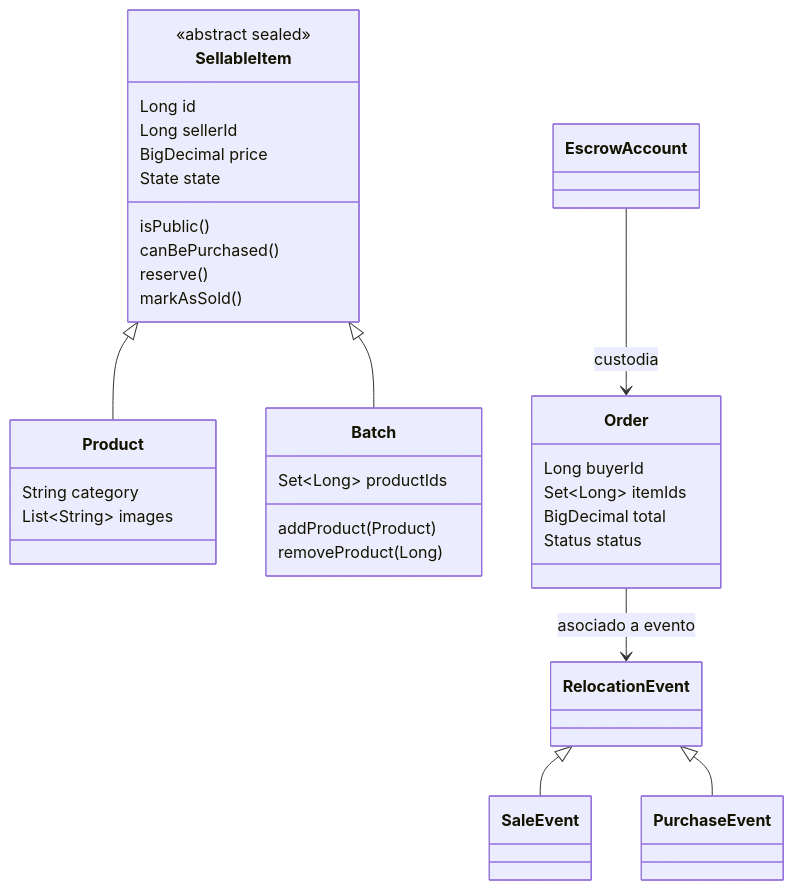
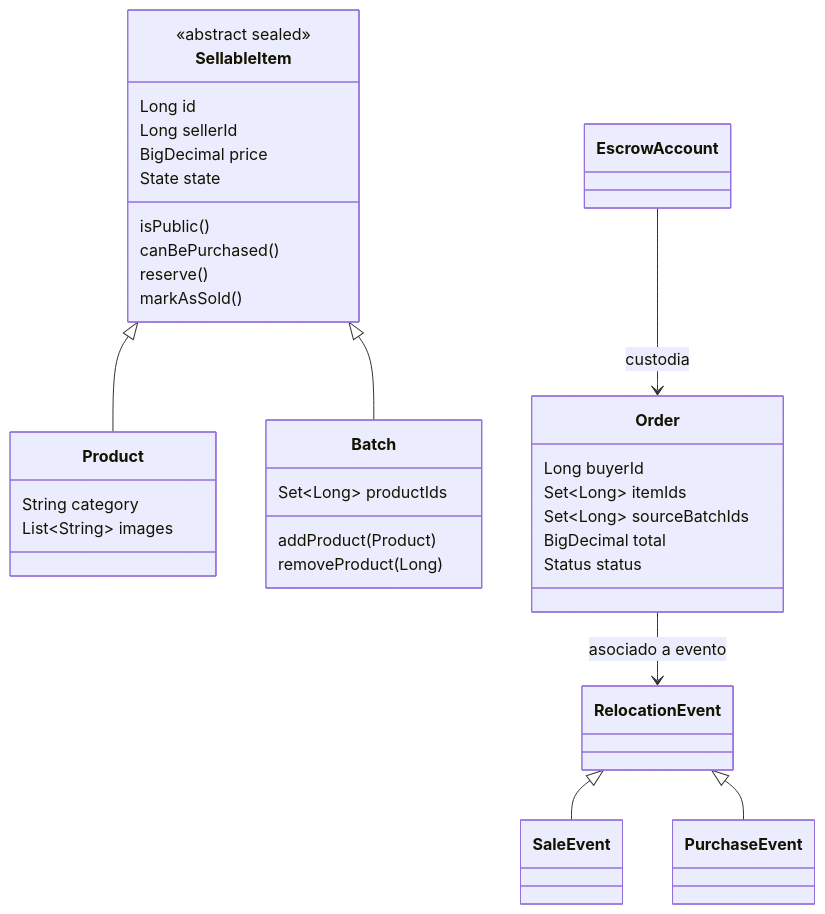
The fourth of 6 diagrams in docs/ARCHITECTURE_DIAGRAMS.md (elufka/software-muvix-backend), drawn with Mermaid before and after one commit. The commit also changed other lines of this file and 31 other files, not shown here.

````diff
--- a/docs/ARCHITECTURE_DIAGRAMS.md
+++ b/docs/ARCHITECTURE_DIAGRAMS.md
@@ -61,39 +87,40 @@
 ```mermaid
 classDiagram
   class SellableItem {
     <<abstract sealed>>
     Long id
     Long sellerId
     BigDecimal price
     State state
     isPublic()
     canBePurchased()
     reserve()
     markAsSold()
   }
   class Product {
     String category
     List~String~ images
   }
   class Batch {
     Set~Long~ productIds
     addProduct(Product)
     removeProduct(Long)
   }
   SellableItem <|-- Product
   SellableItem <|-- Batch
   class Order {
     Long buyerId
     Set~Long~ itemIds
+    Set~Long~ sourceBatchIds
     BigDecimal total
     Status status
   }
   class EscrowAccount
   class RelocationEvent
   class SaleEvent
   class PurchaseEvent
   RelocationEvent <|-- SaleEvent
   RelocationEvent <|-- PurchaseEvent
   Order --> RelocationEvent : asociado a evento
   EscrowAccount --> Order : custodia
 ```
````
